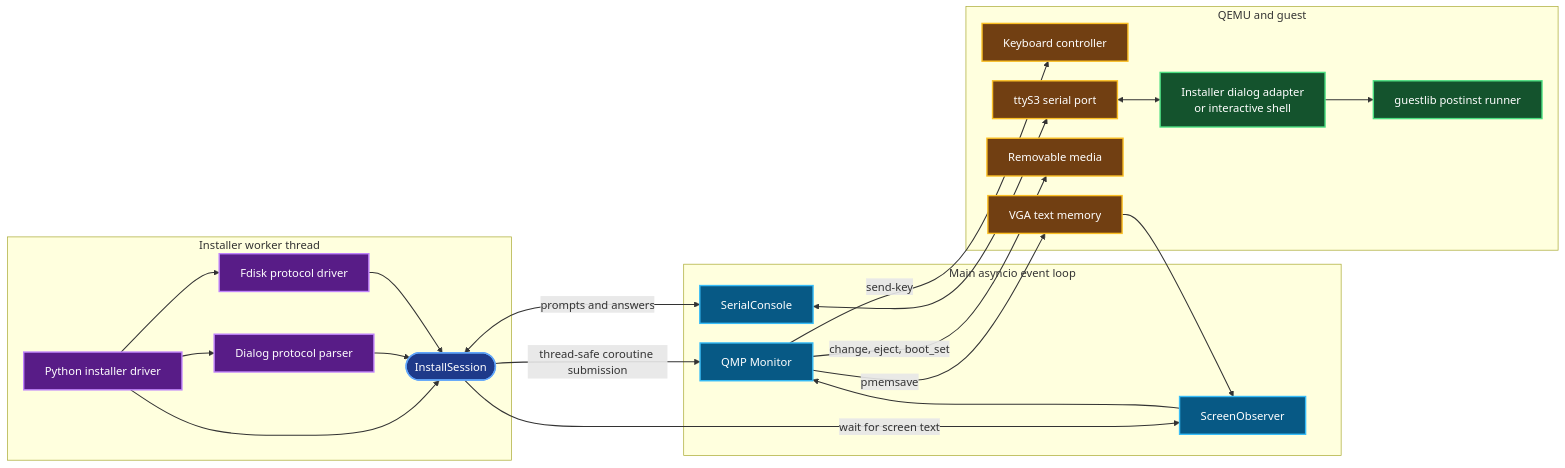
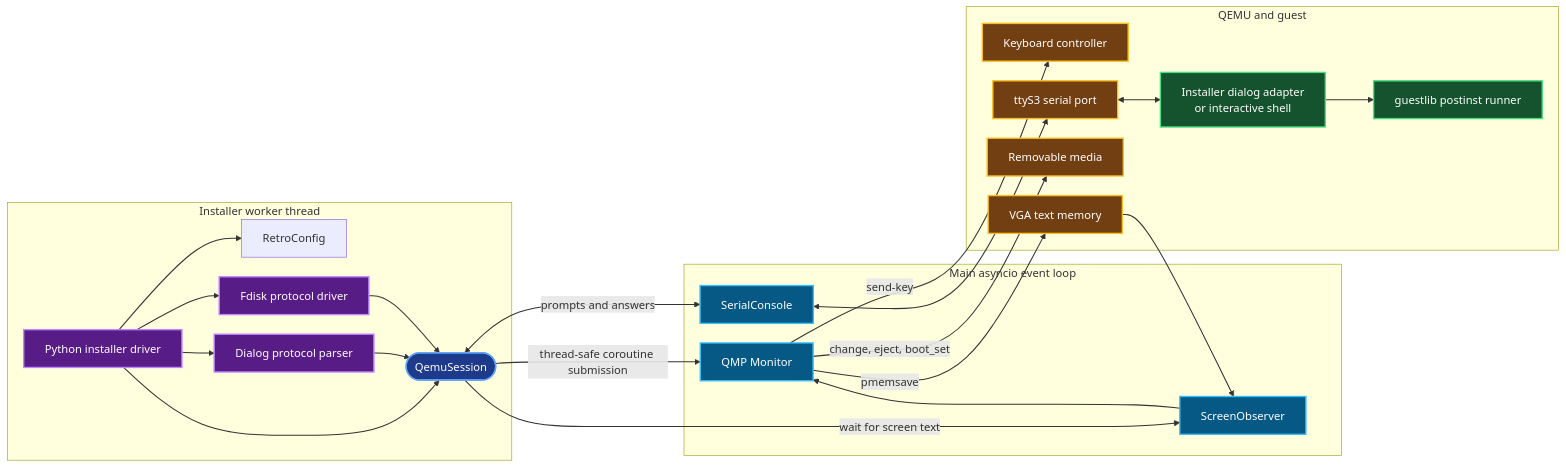
The fourth of 4 diagrams in ARCHITECTURE.md (jblang/retrodist), drawn with Mermaid before and after one commit. The commit also changed other lines of this file and 52 other files, not shown here.

````diff
--- a/ARCHITECTURE.md
+++ b/ARCHITECTURE.md
@@ -256,54 +263,56 @@
 ```mermaid
 %%{init: {"flowchart": {"curve": "basis", "nodeSpacing": 28, "rankSpacing": 46}}}%%
 flowchart LR
     subgraph worker[Installer worker thread]
         driver["Python installer driver"]
-        session([InstallSession])
+        config[RetroConfig]
+        session([QemuSession])
         dialog[Dialog protocol parser]
         fdisk[Fdisk protocol driver]
         driver --> session
+        driver --> config
         driver --> dialog
         driver --> fdisk
         dialog --> session
         fdisk --> session
     end
 
     subgraph loop[Main asyncio event loop]
         monitor[QMP Monitor]
         vga[ScreenObserver]
         serial[SerialConsole]
         vga --> monitor
     end
 
     subgraph vm[QEMU and guest]
         keyboard[Keyboard controller]
         memory[VGA text memory]
         media[Removable media]
         tty["ttyS3 serial port"]
         adapter["Installer dialog adapter<br/>or interactive shell"]
         postinst[guestlib postinst runner]
         tty <--> adapter
         adapter --> postinst
     end
 
     session -->|thread-safe coroutine submission| monitor
     session -->|wait for screen text| vga
     session <-->|prompts and answers| serial
     monitor -->|send-key| keyboard
     monitor -->|pmemsave| memory
     memory --> vga
     monitor -->|change, eject, boot_set| media
     serial <--> tty
 
     classDef driverNode fill:#581c87,stroke:#c084fc,color:#ffffff,stroke-width:2px
     classDef facadeNode fill:#1e3a8a,stroke:#60a5fa,color:#ffffff,stroke-width:2px
     classDef transportNode fill:#075985,stroke:#38bdf8,color:#ffffff,stroke-width:2px
     classDef interfaceNode fill:#713f12,stroke:#fbbf24,color:#ffffff,stroke-width:2px
     classDef guestNode fill:#14532d,stroke:#4ade80,color:#ffffff,stroke-width:2px
     class driver,dialog,fdisk driverNode
     class session facadeNode
     class monitor,vga,serial transportNode
     class keyboard,memory,media,tty interfaceNode
     class adapter,postinst guestNode
     linkStyle default stroke-width:1.5px
 ```
````
